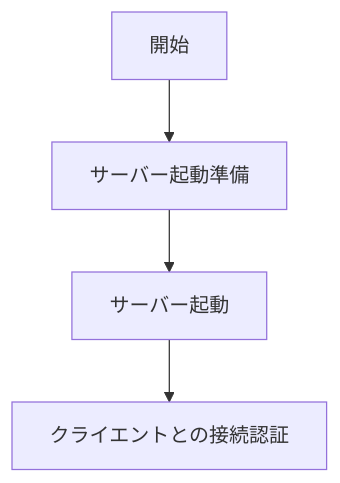
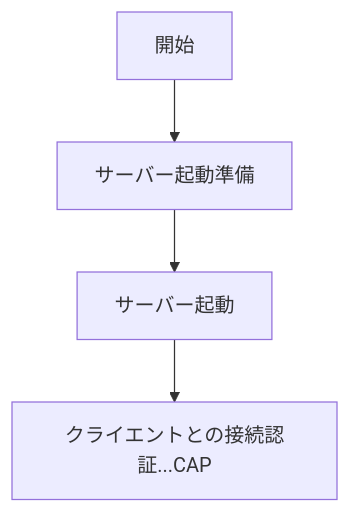
One commit to sora-grayscale/ft_irc changed the first of 3 diagrams in flowchart_01_overview.md. Above: the diagram before and after it, drawn with Mermaid.

````diff
--- a/flowchart_01_overview.md
+++ b/flowchart_01_overview.md
@@ -3,6 +3,6 @@
 ```mermaid
 flowchart TD
     A[開始] --> B[サーバー起動準備]
     B --> C[サーバー起動]
-    C --> D[クライエントとの接続認証]
+    C --> D[クライエントとの接続認証...CAP]
 ```
````
